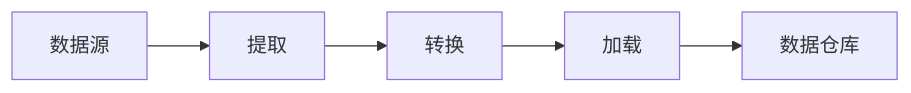
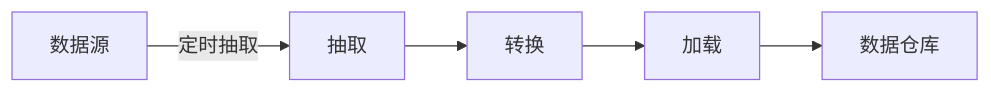
The first of 2 diagrams in Analysis/3-数据模型与算法/3.5-数据分析与ETL/3.5.2-ETL理论与实践.md (AdaMartin18010/Data-Science), drawn with Mermaid before and after one commit. The commit also changed other lines of this file and 338 other files, not shown here.

````diff
--- a/Analysis/3-数据模型与算法/3.5-数据分析与ETL/3.5.2-ETL理论与实践.md
+++ b/Analysis/3-数据模型与算法/3.5-数据分析与ETL/3.5.2-ETL理论与实践.md
@@ -46,7 +306,7 @@
 ```mermaid
 flowchart LR
-  S[数据源] --> E[提取]
-  E --> T[转换]
-  T --> L[加载]
-  L --> W[数据仓库]
+    S[数据源] -->|定时抽取| E[抽取]
+    E --> T[转换]
+    T --> L[加载]
+    L --> W[数据仓库]
 ```
````
